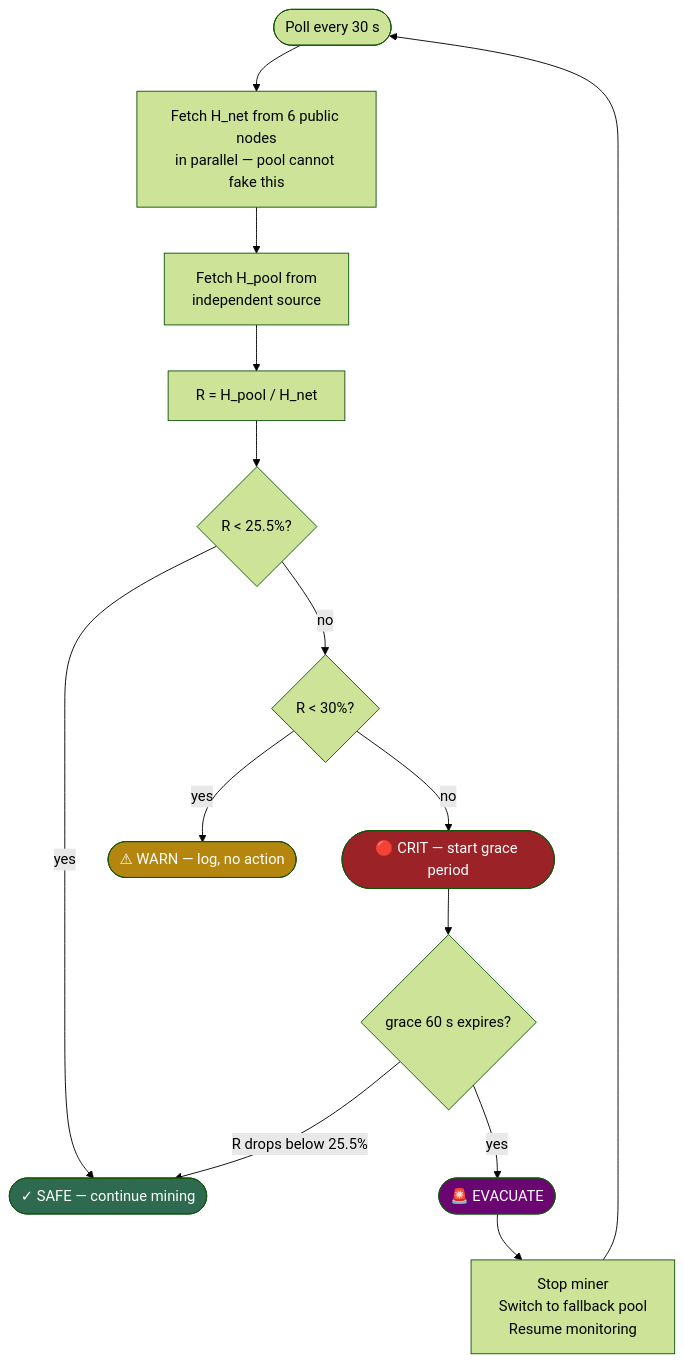
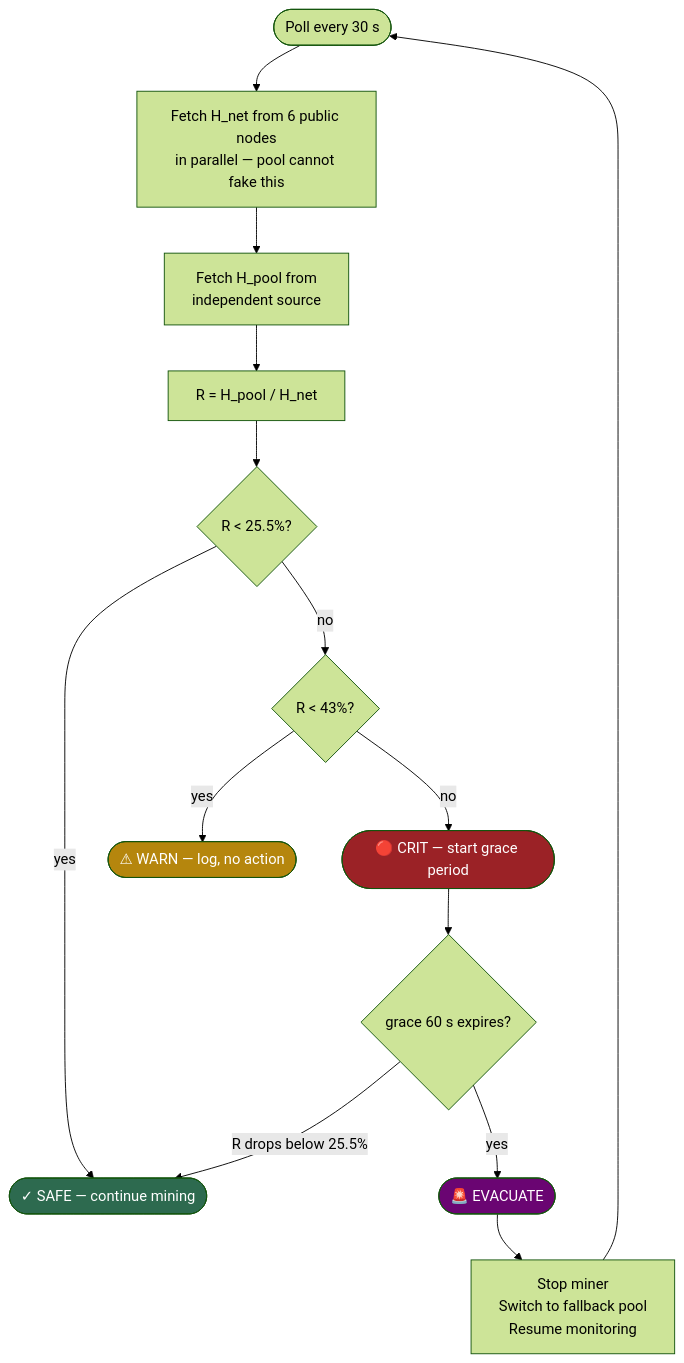
One commit to xmrigger/xmrigger changed the second of 3 diagrams in README.md. Above: the diagram before and after it, drawn with Mermaid (forest theme). The commit also changed other lines of this file and 1 other file, not shown here.

````diff
--- a/README.md
+++ b/README.md
@@ -116,24 +116,24 @@
 ```mermaid
 flowchart TD
     A([Poll every 30 s]) --> B[Fetch H_net from 6 public nodes\nin parallel — pool cannot fake this]
     B --> C[Fetch H_pool from\nindependent source]
     C --> D[R = H_pool / H_net]
 
     D --> E{R < 25.5%?}
     E -->|yes| F([✓ SAFE — continue mining])
 
-    E -->|no| G{R < 30%?}
+    E -->|no| G{R < 43%?}
     G -->|yes| H([⚠ WARN — log, no action])
 
     G -->|no| I([🔴 CRIT — start grace period])
     I --> J{grace 60 s expires?}
     J -->|R drops below 25.5%| F
     J -->|yes| K([🚨 EVACUATE])
     K --> L[Stop miner\nSwitch to fallback pool\nResume monitoring]
     L --> A
 
     style F fill:#2d6a4f,color:#fff
     style H fill:#b5860d,color:#fff
     style I fill:#9b2226,color:#fff
     style K fill:#6a0572,color:#fff
 ```
````
